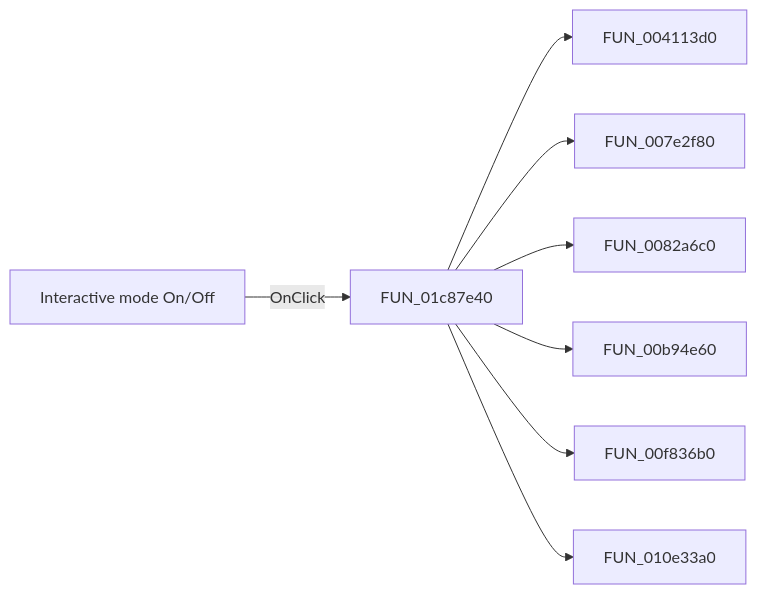
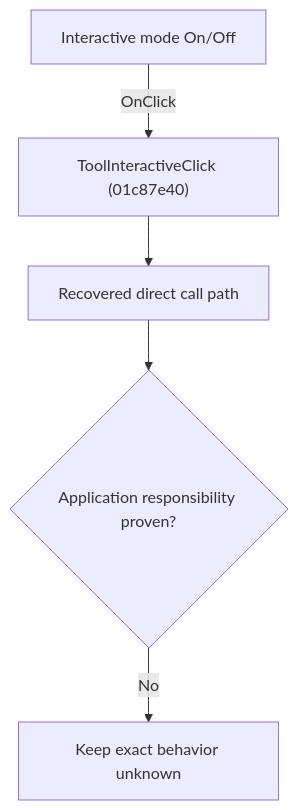
Before and after one commit to MovGP0/TIARA: the diagram in docs/ui-controls/schematiceditor/toolinteractive-082ca0bc53.md, drawn with Mermaid. The commit also changed other lines of this file and 1062 other files, not shown here.

````diff
--- a/docs/ui-controls/schematiceditor/toolinteractive-082ca0bc53.md
+++ b/docs/ui-controls/schematiceditor/toolinteractive-082ca0bc53.md
@@ -27,10 +27,7 @@
 ```mermaid
-flowchart LR
-    control["Interactive mode On/Off"] -->|OnClick| handler["FUN_01c87e40"]
-    handler --> call1["FUN_004113d0"]
-    handler --> call2["FUN_007e2f80"]
-    handler --> call3["FUN_0082a6c0"]
-    handler --> call4["FUN_00b94e60"]
-    handler --> call5["FUN_00f836b0"]
-    handler --> call6["FUN_010e33a0"]
+flowchart TD
+    control["Interactive mode On/Off"] -->|"OnClick"| handler["ToolInteractiveClick (01c87e40)"]
+    handler --> recovered["Recovered direct call path"]
+    recovered --> gap{"Application responsibility proven?"}
+    gap -->|"No"| blocked["Keep exact behavior unknown"]
 ```
````
